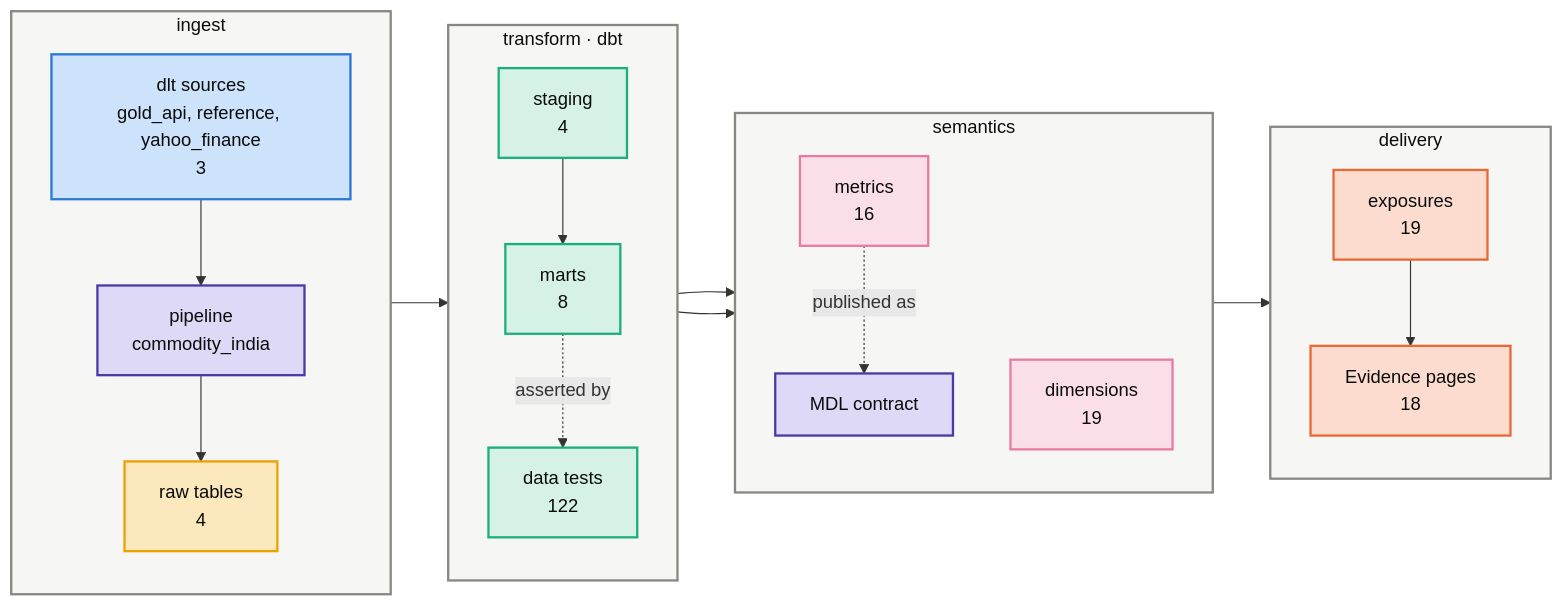
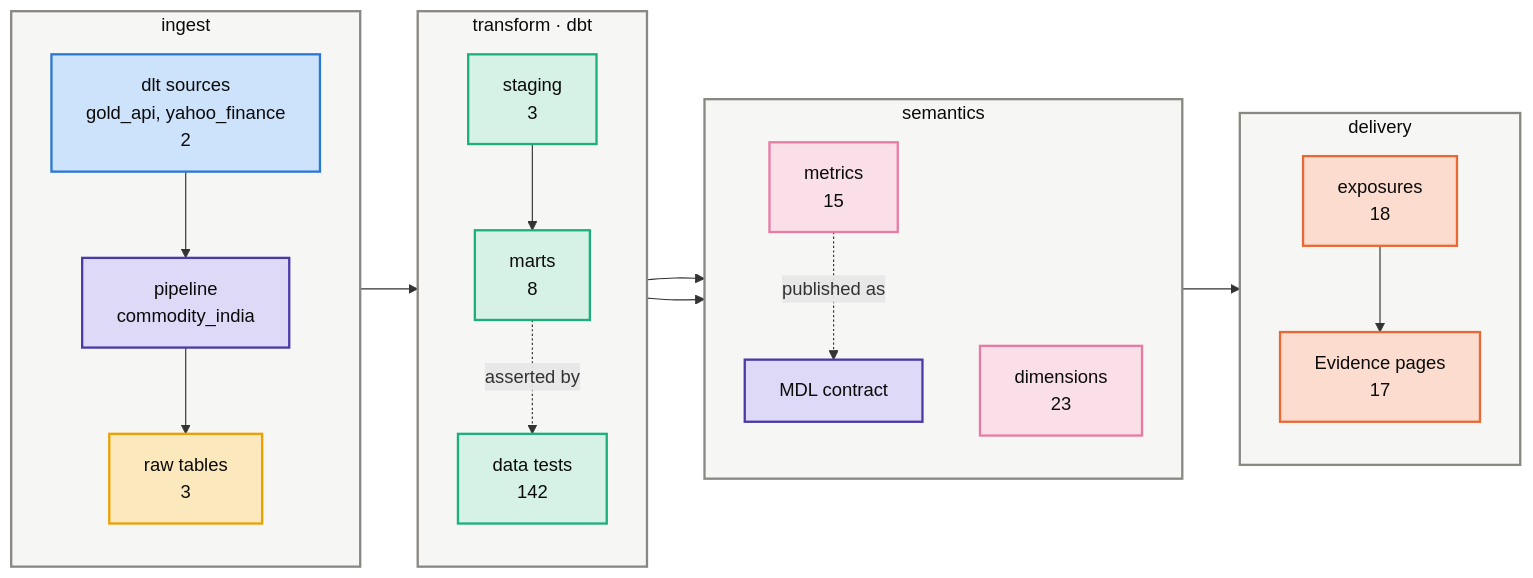
One commit to Atomz-org/data-platform changed the first of 3 diagrams in groups/commodity/projects/commodity-india/kg/architecture.md. Above: the diagram before and after it, drawn with Mermaid. The commit also changed other lines of this file and 4 other files, not shown here.

First line of the commit message:
Regenerate India's graph, MDL, catalogue and otop manifest

````diff
--- a/groups/commodity/projects/commodity-india/kg/architecture.md
+++ b/groups/commodity/projects/commodity-india/kg/architecture.md
@@ -10,41 +10,41 @@
 ```mermaid
 flowchart LR
     subgraph LI["ingest"]
         direction TB
-        I1["dlt sources<br/>gold_api, reference, yahoo_finance<br/>3"]:::ingress
+        I1["dlt sources<br/>gold_api, yahoo_finance<br/>2"]:::ingress
         I2["pipeline<br/>commodity_india"]:::platform
-        I3["raw tables<br/>4"]:::raw
+        I3["raw tables<br/>3"]:::raw
     end
     subgraph LT["transform · dbt"]
         direction TB
-        T1["staging<br/>4"]:::model
+        T1["staging<br/>3"]:::model
         T2["marts<br/>8"]:::model
-        T3["data tests<br/>122"]:::model
+        T3["data tests<br/>142"]:::model
     end
     subgraph LS["semantics"]
         direction TB
-        S1["metrics<br/>16"]:::metric
-        S2["dimensions<br/>19"]:::metric
+        S1["metrics<br/>15"]:::metric
+        S2["dimensions<br/>23"]:::metric
         S3["MDL contract"]:::platform
     end
     subgraph LD["delivery"]
         direction TB
-        D1["exposures<br/>19"]:::exposure
-        D2["Evidence pages<br/>18"]:::exposure
+        D1["exposures<br/>18"]:::exposure
+        D2["Evidence pages<br/>17"]:::exposure
     end
     I1 --> I2 --> I3 --> T1 --> T2
     T2 --> S1 --> D1 --> D2
     T2 --> S2
     S1 -.published as.-> S3
     T2 -.asserted by.-> T3
     classDef ingress fill:#cde2fb,stroke:#2a78d6,stroke-width:2px,color:#0b0b0b
     classDef platform fill:#ded9f7,stroke:#4a3aa7,stroke-width:2px,color:#0b0b0b
     classDef raw fill:#fbe8bd,stroke:#eda100,stroke-width:2px,color:#0b0b0b
     classDef model fill:#d6f2e6,stroke:#1baf7a,stroke-width:2px,color:#0b0b0b
     classDef metric fill:#fadfe8,stroke:#e87ba4,stroke-width:2px,color:#0b0b0b
     classDef exposure fill:#fbdccf,stroke:#eb6834,stroke-width:2px,color:#0b0b0b
     classDef neutral fill:#e8e7e2,stroke:#898781,stroke-width:2px,color:#0b0b0b
     classDef project fill:#e3eefc,stroke:#2a78d6,stroke-width:2px,color:#0b0b0b
     classDef lane fill:#f6f6f4,stroke:#898781,stroke-width:2px,color:#0b0b0b
     class LI,LT,LS,LD lane
 ```
````
